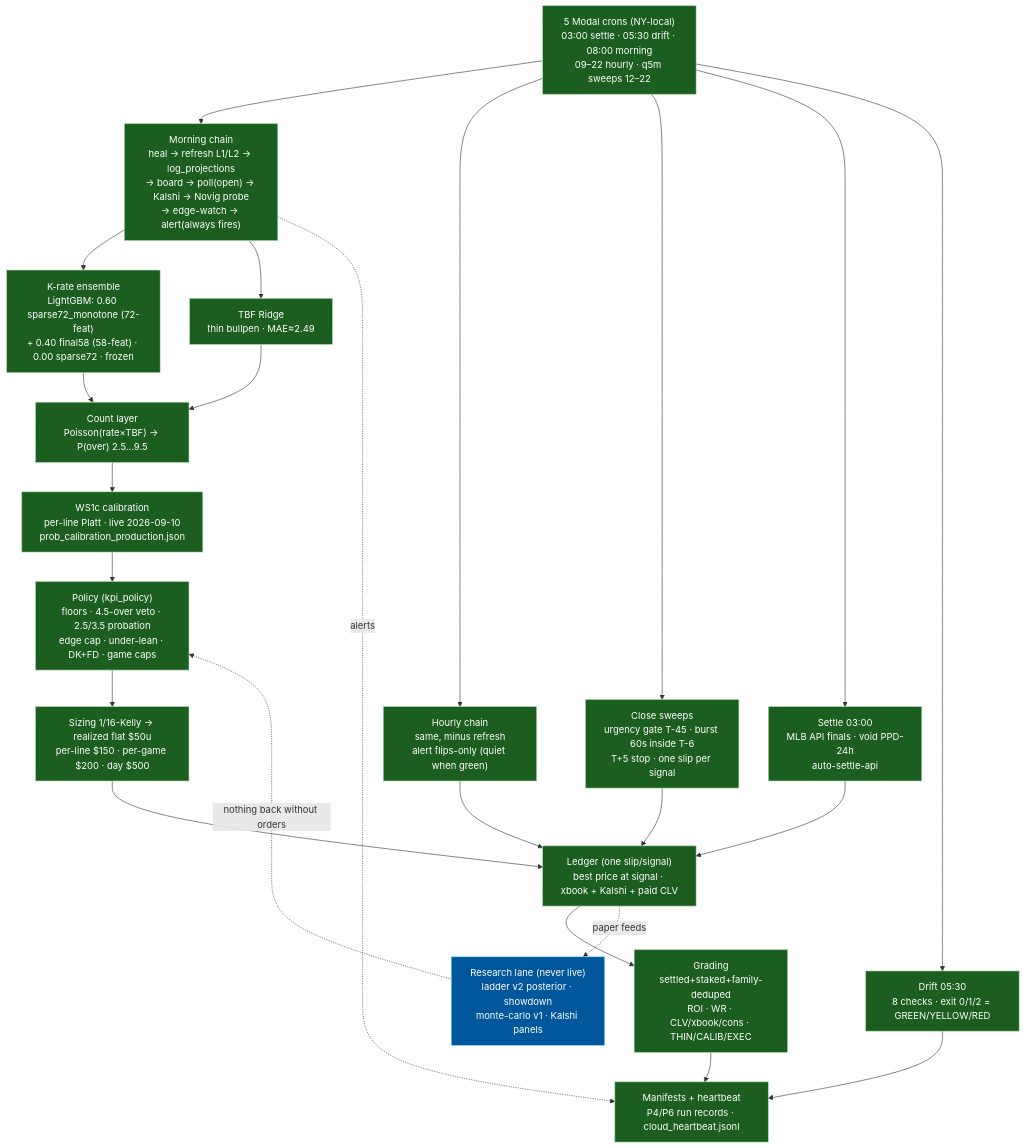
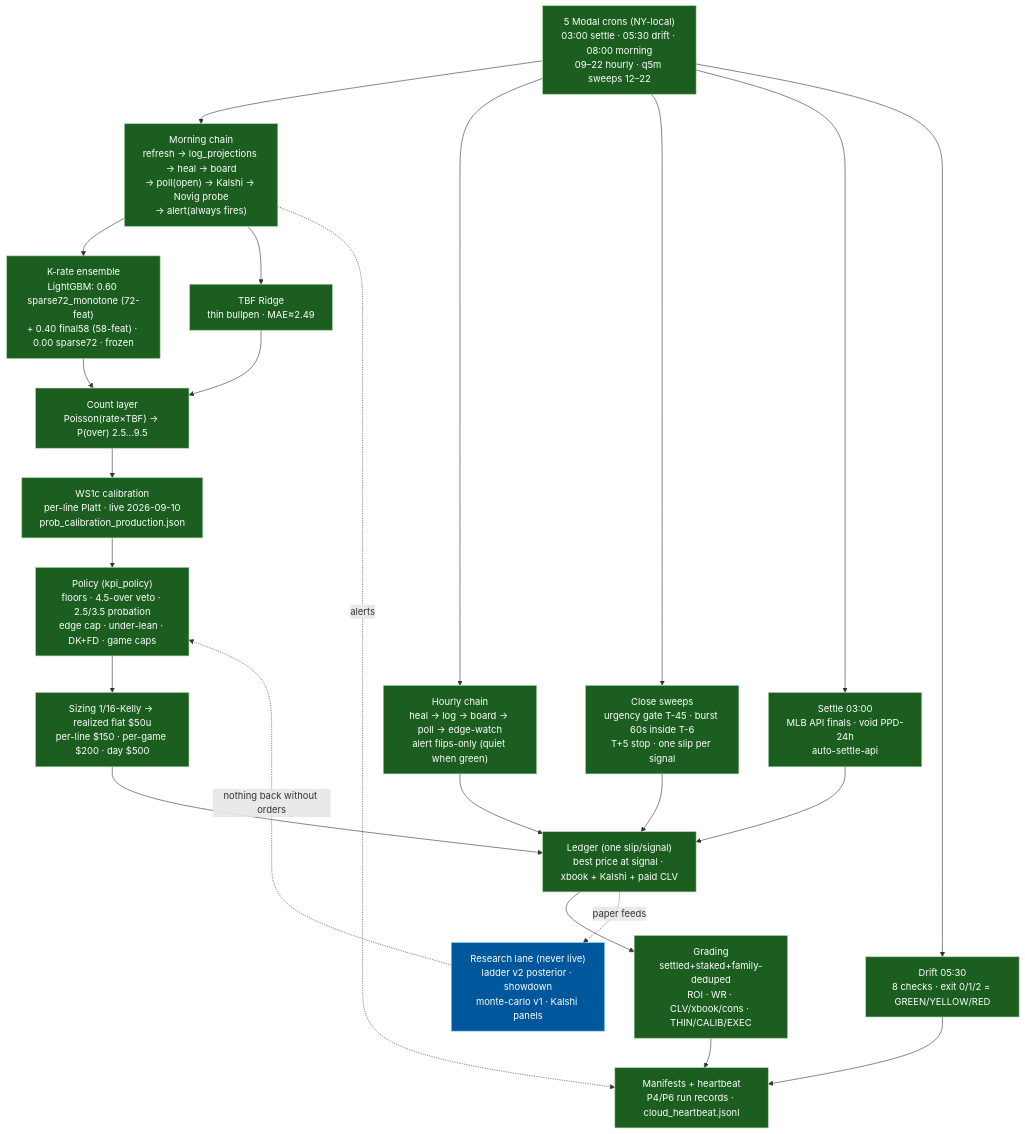
One commit to Cbkaplinger/MLB-Props changed the diagram in docs/diagrams/05-live-prediction-flow.md. Above: the diagram before and after it, drawn with Mermaid. The commit also changed other lines of this file and 3 other files, not shown here.

First line of the commit message:
docs: refresh PA architecture diagrams

````diff
--- a/docs/diagrams/05-live-prediction-flow.md
+++ b/docs/diagrams/05-live-prediction-flow.md
@@ -6,54 +6,54 @@
 ```mermaid
 flowchart TB
     classDef built fill:#1b5e20,stroke:#a5d6a7,color:#fff
     classDef partial fill:#e65100,stroke:#ffcc80,color:#fff
     classDef missing fill:#b71c1c,stroke:#ef9a9a,color:#fff
     classDef risk fill:#4a148c,stroke:#ce93d8,color:#fff
     classDef next fill:#01579b,stroke:#81d4fa,color:#fff
 
     CRON["5 Modal crons (NY-local)<br/>03:00 settle · 05:30 drift · 08:00 morning<br/>09–22 hourly · q5m sweeps 12–22"]:::built
 
-    MORN["Morning chain<br/>heal → refresh L1/L2 → log_projections<br/>→ board → poll(open) → Kalshi → Novig probe<br/>→ edge-watch → alert(always fires)"]:::built
-    HOUR["Hourly chain<br/>same, minus refresh<br/>alert flips-only (quiet when green)"]:::built
+    MORN["Morning chain<br/>refresh → log_projections → heal → board<br/>→ poll(open) → Kalshi → Novig probe<br/>→ alert(always fires)"]:::built
+    HOUR["Hourly chain<br/>heal → log → board → poll → edge-watch<br/>alert flips-only (quiet when green)"]:::built
     SWEEP["Close sweeps<br/>urgency gate T-45 · burst 60s inside T-6<br/>T+5 stop · one slip per signal"]:::built
     SETTLE["Settle 03:00<br/>MLB API finals · void PPD-24h<br/>auto-settle-api"]:::built
     DRIFT["Drift 05:30<br/>8 checks · exit 0/1/2 = GREEN/YELLOW/RED"]:::built
 
     ENS["K-rate ensemble<br/>LightGBM: 0.60 sparse72_monotone (72-feat)<br/>+ 0.40 final58 (58-feat) · 0.00 sparse72 · frozen"]:::built
     TBF["TBF Ridge<br/>thin bullpen · MAE≈2.49"]:::built
     CNT["Count layer<br/>Poisson(rate×TBF) → P(over) 2.5…9.5"]:::built
     WS1C["WS1c calibration<br/>per-line Platt · live 2026-09-10<br/>prob_calibration_production.json"]:::built
     POL["Policy (kpi_policy)<br/>floors · 4.5-over veto · 2.5/3.5 probation<br/>edge cap · under-lean · DK+FD · game caps"]:::built
     SIZE["Sizing 1/16-Kelly → realized flat $50u<br/>per-line $150 · per-game $200 · day $500"]:::built
 
     LED["Ledger (one slip/signal)<br/>best price at signal · xbook + Kalshi + paid CLV"]:::built
     GRADE["Grading<br/>settled+staked+family-deduped<br/>ROI · WR · CLV/xbook/cons · THIN/CALIB/EXEC"]:::built
     MAN["Manifests + heartbeat<br/>P4/P6 run records · cloud_heartbeat.jsonl"]:::built
 
     SIM["Research lane (never live)<br/>ladder v2 posterior · showdown<br/>monte-carlo v1 · Kalshi panels"]:::next
 
     CRON --> MORN
     CRON --> HOUR
     CRON --> SWEEP
     CRON --> SETTLE
     CRON --> DRIFT
 
     MORN --> ENS
     MORN --> TBF
     ENS --> CNT
     TBF --> CNT
     CNT --> WS1C
     WS1C --> POL
     POL --> SIZE
     SIZE --> LED
     HOUR --> LED
     SWEEP --> LED
     SETTLE --> LED
     LED --> GRADE
     GRADE --> MAN
     DRIFT --> MAN
     MORN -.->|"alerts"| MAN
 
     LED -.->|"paper feeds"| SIM
     SIM -.->|"nothing back without orders"| POL
 ```
````
